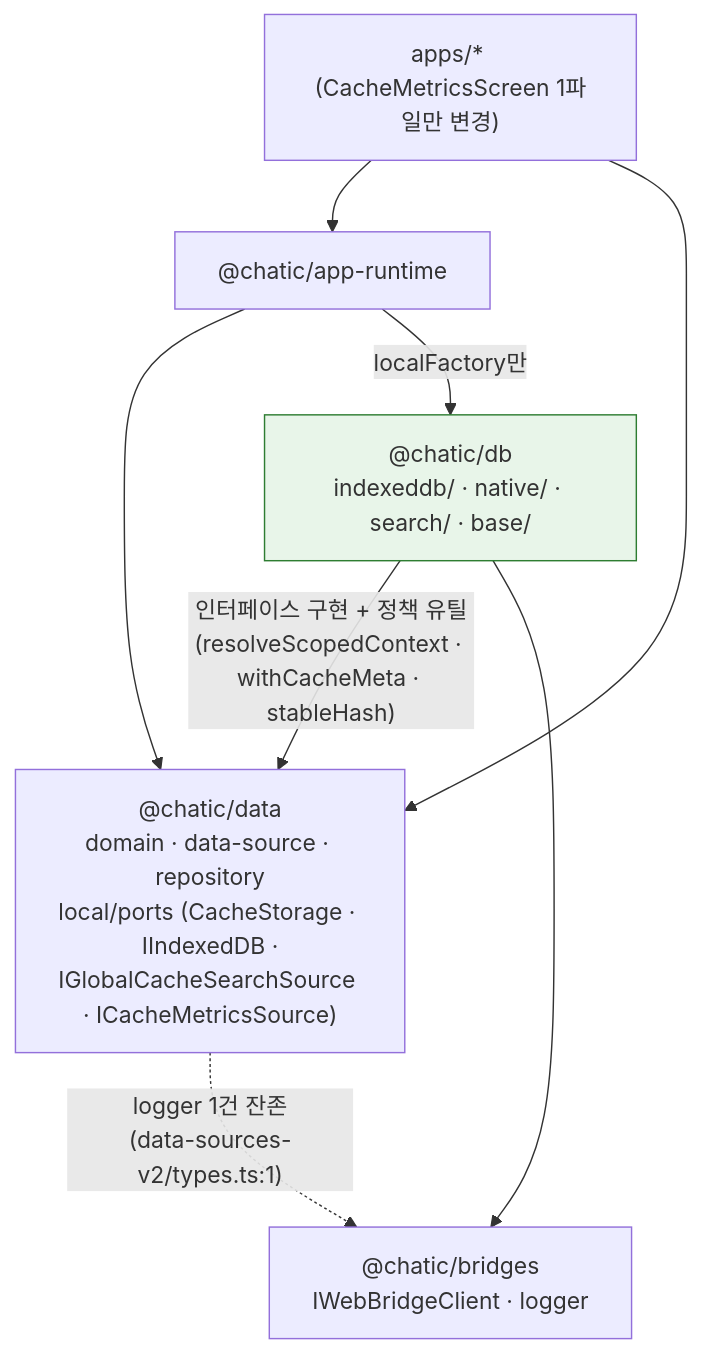
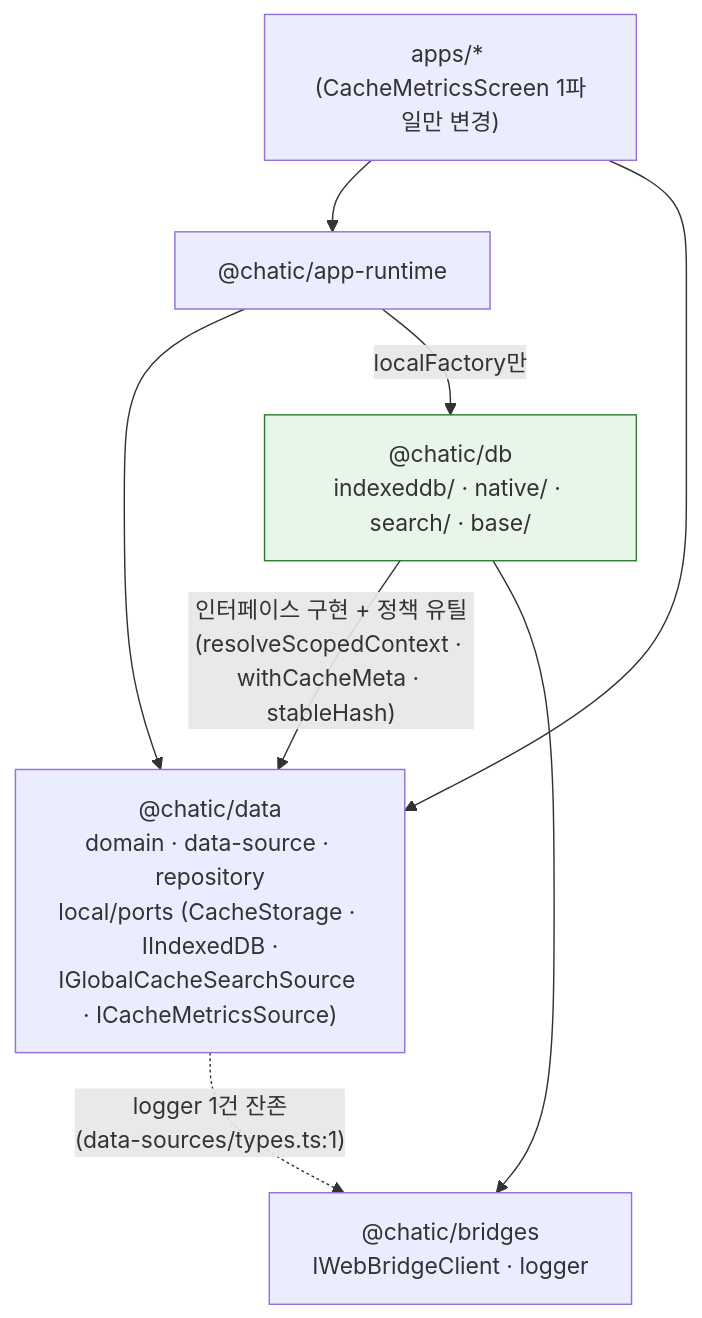
One commit to lemoncloud-io/dou-app changed the first of 2 diagrams in libs/db/docs/architecture.md. Above: the diagram before and after it, drawn with Mermaid. The commit also changed other lines of this file and 86 other files, not shown here.

````diff
--- a/libs/db/docs/architecture.md
+++ b/libs/db/docs/architecture.md
@@ -113,12 +113,12 @@
 ```mermaid
 graph TD
     A["apps/* (CacheMetricsScreen 1파일만 변경)"] --> RT["@chatic/app-runtime"]
     A --> D["@chatic/data<br/>domain · data-source · repository<br/>local/ports (CacheStorage · IIndexedDB ·<br/>IGlobalCacheSearchSource · ICacheMetricsSource)"]
     RT --> D
     RT -->|"localFactory만"| DB["@chatic/db<br/>indexeddb/ · native/ · search/ · base/"]
     DB -->|"인터페이스 구현 + 정책 유틸<br/>(resolveScopedContext · withCacheMeta · stableHash)"| D
     DB --> BR["@chatic/bridges<br/>IWebBridgeClient · logger"]
-    D -.->|"logger 1건 잔존<br/>(data-sources-v2/types.ts:1)"| BR
+    D -.->|"logger 1건 잔존<br/>(data-sources/types.ts:1)"| BR
 
     style DB fill:#e8f5e9,stroke:#2e7d32
 ```
````
